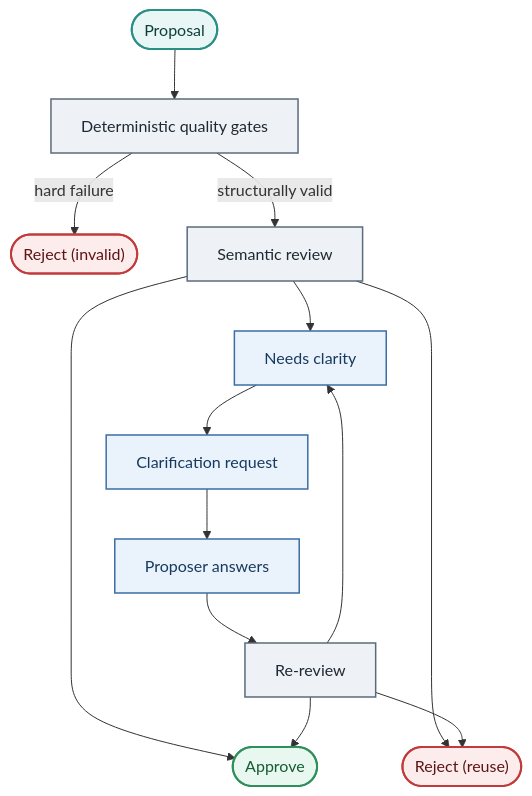
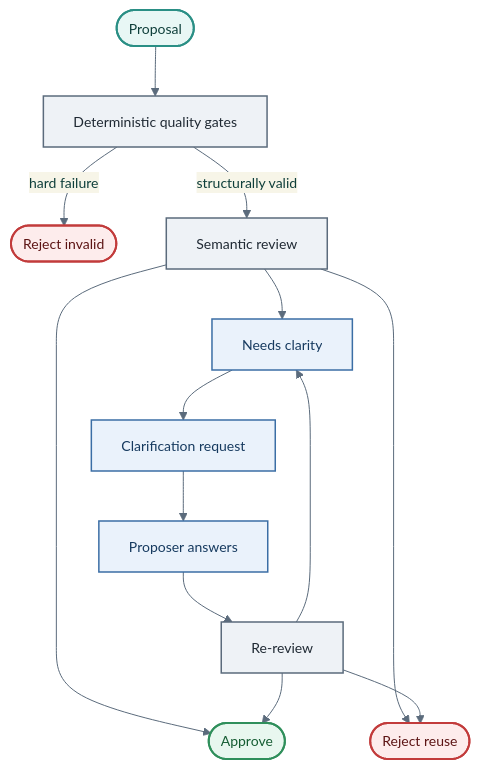
The seventh of 8 diagrams in README.md (didac-crst/AtlasSynapse), drawn with Mermaid before and after one commit. The commit also changed other lines of this file and 9 other files, not shown here.

````diff
--- a/README.md
+++ b/README.md
@@ -399,29 +292,30 @@
 ```mermaid
+%%{init: {"theme":"base","themeVariables":{"fontFamily":"ui-sans-serif, system-ui, sans-serif","fontSize":"14px","lineColor":"#5B6B7C","primaryColor":"#E8F7F5","primaryTextColor":"#0F3F3B","primaryBorderColor":"#2A8F85"}}}%%
 flowchart TD
   proposal([Proposal]) --> gates[Deterministic quality gates]
-  gates -->|hard failure| rejectInvalid(["Reject (invalid)"])
+  gates -->|hard failure| rejectInvalid([Reject invalid])
   gates -->|structurally valid| semantic[Semantic review]
 
   semantic --> approve([Approve])
-  semantic --> rejectReuse(["Reject (reuse)"])
+  semantic --> rejectReuse([Reject reuse])
   semantic --> clarity[Needs clarity]
 
   clarity --> ask[Clarification request]
   ask --> answer[Proposer answers]
   answer --> rereview[Re-review]
   rereview --> approve
   rereview --> rejectReuse
   rereview --> clarity
 
   classDef start fill:#E8F7F5,stroke:#2A8F85,color:#0F3F3B,stroke-width:2px
   classDef process fill:#EEF2F6,stroke:#5B6B7C,color:#1F2933,stroke-width:1.5px
   classDef reject fill:#FDECEC,stroke:#C23B3B,color:#5C1414,stroke-width:2px
-  classDef approve fill:#E8F7EF,stroke:#2F8F5B,color:#145C32,stroke-width:2px
+  classDef approveNode fill:#E8F7EF,stroke:#2F8F5B,color:#145C32,stroke-width:2px
   classDef clarify fill:#EAF2FB,stroke:#3B6EA5,color:#163A5F,stroke-width:1.5px
 
   class proposal start
   class gates,semantic,rereview process
   class rejectInvalid,rejectReuse reject
-  class approve approve
+  class approve approveNode
   class clarity,ask,answer clarify
 ```
````
